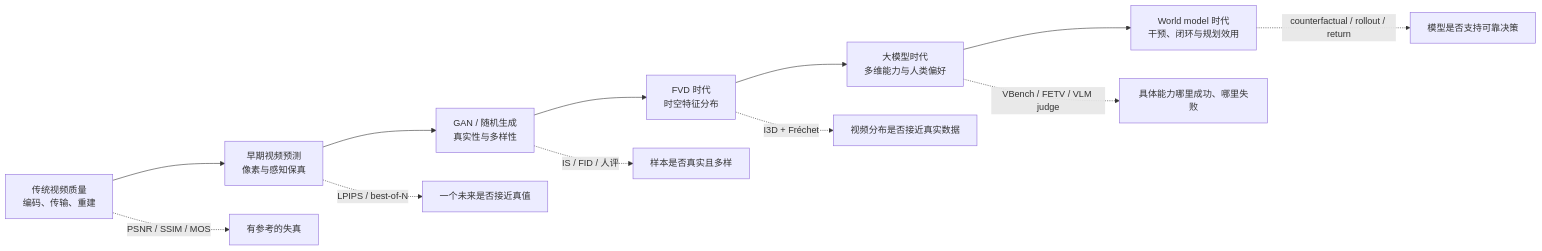
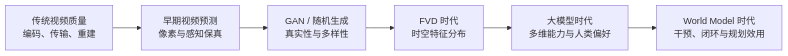
The second of 2 diagrams in docs/evaluation.md (GVCLab/Video-Generation-101), drawn with Mermaid before and after one commit. The commit also changed other lines of this file and 14 other files, not shown here.

````diff
--- a/docs/evaluation.md
+++ b/docs/evaluation.md
@@ -25,15 +58,10 @@
 ```mermaid
 flowchart LR
+    accTitle: 视频生成评测范式演化
+    accDescr: 评测从传统视频质量与逐帧保真，扩展到随机生成的真实性和多样性、FVD 时空分布、多维能力与人类偏好，最终进入动作干预、闭环和规划效用。
     A["传统视频质量<br/>编码、传输、重建"] --> B["早期视频预测<br/>像素与感知保真"]
     B --> C["GAN / 随机生成<br/>真实性与多样性"]
     C --> D["FVD 时代<br/>时空特征分布"]
     D --> E["大模型时代<br/>多维能力与人类偏好"]
-    E --> F["World model 时代<br/>干预、闭环与规划效用"]
-
-    A -. "PSNR / SSIM / MOS" .-> A1["有参考的失真"]
-    B -. "LPIPS / best-of-N" .-> B1["一个未来是否接近真值"]
-    C -. "IS / FID / 人评" .-> C1["样本是否真实且多样"]
-    D -. "I3D + Fréchet" .-> D1["视频分布是否接近真实数据"]
-    E -. "VBench / FETV / VLM judge" .-> E1["具体能力哪里成功、哪里失败"]
-    F -. "counterfactual / rollout / return" .-> F1["模型是否支持可靠决策"]
+    E --> F["World Model 时代<br/>干预、闭环与规划效用"]
 ```
````
